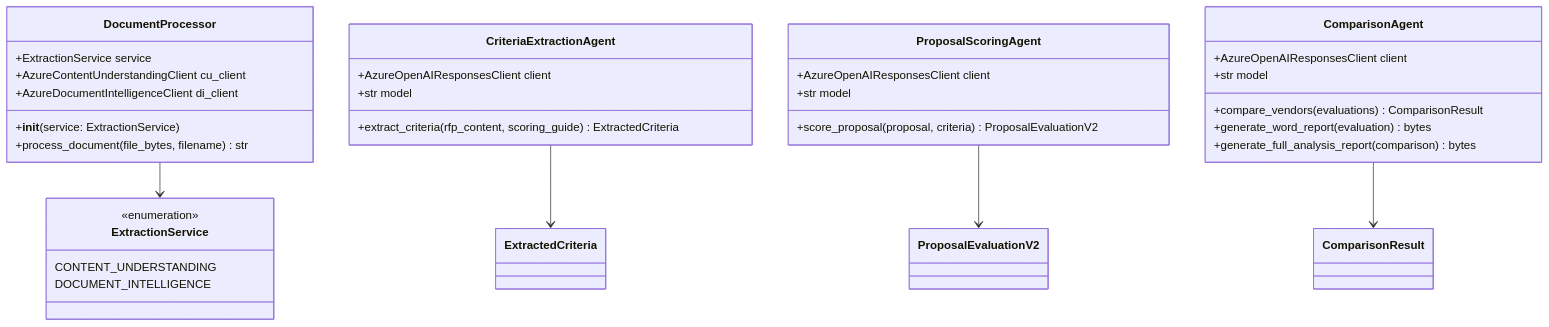
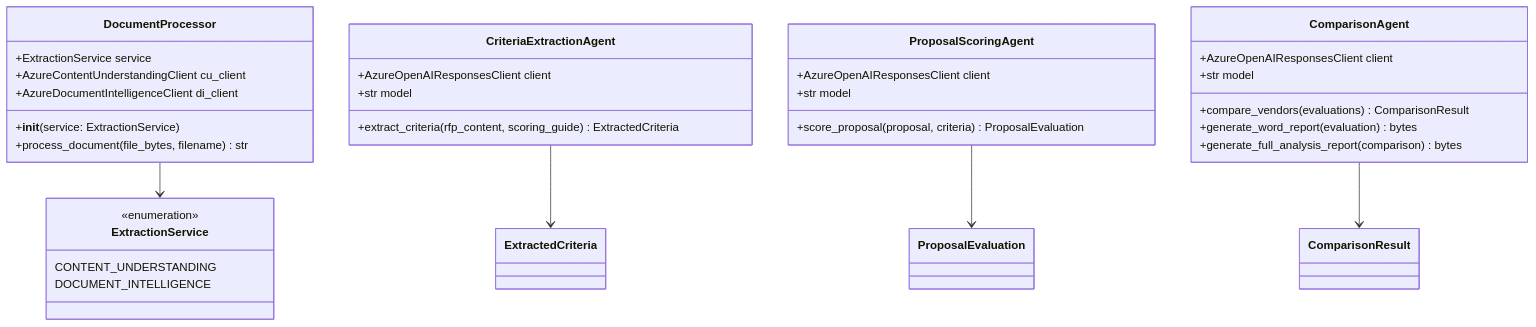
Diagram 21 of 22 in docs/ARCHITECTURE.md (amgdy/rfp-analyzer), drawn with Mermaid before and after one commit. The commit also changed other lines of this file and 4 other files, not shown here.

First line of the commit message:
docs: update documentation to reflect scoring agent refactoring

````diff
--- a/docs/ARCHITECTURE.md
+++ b/docs/ARCHITECTURE.md
@@ -880,41 +862,41 @@
 ```mermaid
 classDiagram
     class DocumentProcessor {
         +ExtractionService service
         +AzureContentUnderstandingClient cu_client
         +AzureDocumentIntelligenceClient di_client
         +__init__(service: ExtractionService)
         +process_document(file_bytes, filename) str
     }
     
     class CriteriaExtractionAgent {
         +AzureOpenAIResponsesClient client
         +str model
         +extract_criteria(rfp_content, scoring_guide) ExtractedCriteria
     }
     
     class ProposalScoringAgent {
         +AzureOpenAIResponsesClient client
         +str model
-        +score_proposal(proposal, criteria) ProposalEvaluationV2
+        +score_proposal(proposal, criteria) ProposalEvaluation
     }
     
     class ComparisonAgent {
         +AzureOpenAIResponsesClient client
         +str model
         +compare_vendors(evaluations) ComparisonResult
         +generate_word_report(evaluation) bytes
         +generate_full_analysis_report(comparison) bytes
     }
     
     class ExtractionService {
         <<enumeration>>
         CONTENT_UNDERSTANDING
         DOCUMENT_INTELLIGENCE
     }
     
     DocumentProcessor --> ExtractionService
     CriteriaExtractionAgent --> ExtractedCriteria
-    ProposalScoringAgent --> ProposalEvaluationV2
+    ProposalScoringAgent --> ProposalEvaluation
     ComparisonAgent --> ComparisonResult
 ```
````
